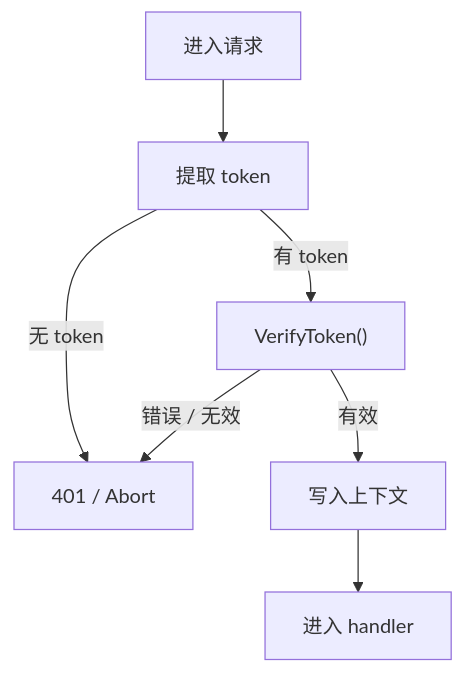
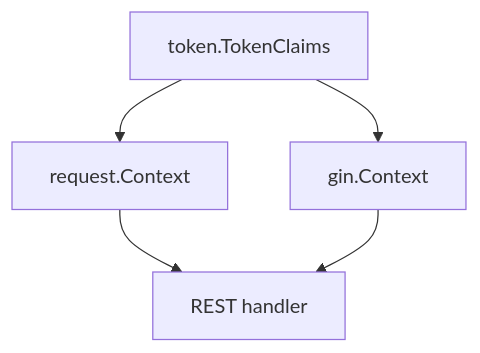
Before and after one commit to FangcunMount/iam: the fourth of 6 diagrams in docs/01-运行时/03-HTTP认证中间件与身份上下文.md, drawn with Mermaid. The commit also changed other lines of this file and 61 other files, not shown here.

````diff
--- a/docs/01-运行时/03-HTTP认证中间件与身份上下文.md
+++ b/docs/01-运行时/03-HTTP认证中间件与身份上下文.md
@@ -86,15 +125,12 @@
 ```mermaid
 flowchart TD
-    Req["进入请求"]
-    Extract["提取 token"]
-    Verify["VerifyToken()"]
-    Reject["401 / Abort"]
-    Context["写入上下文"]
-    Next["进入 handler"]
+    Claims["token.TokenClaims"]
+    RequestCtx["request.Context"]
+    GinCtx["gin.Context"]
+    Handler["REST handler"]
 
-    Req --> Extract
-    Extract -->|无 token| Reject
-    Extract -->|有 token| Verify
-    Verify -->|错误 / 无效| Reject
-    Verify -->|有效| Context --> Next
+    Claims --> RequestCtx
+    Claims --> GinCtx
+    RequestCtx --> Handler
+    GinCtx --> Handler
 ```
````
